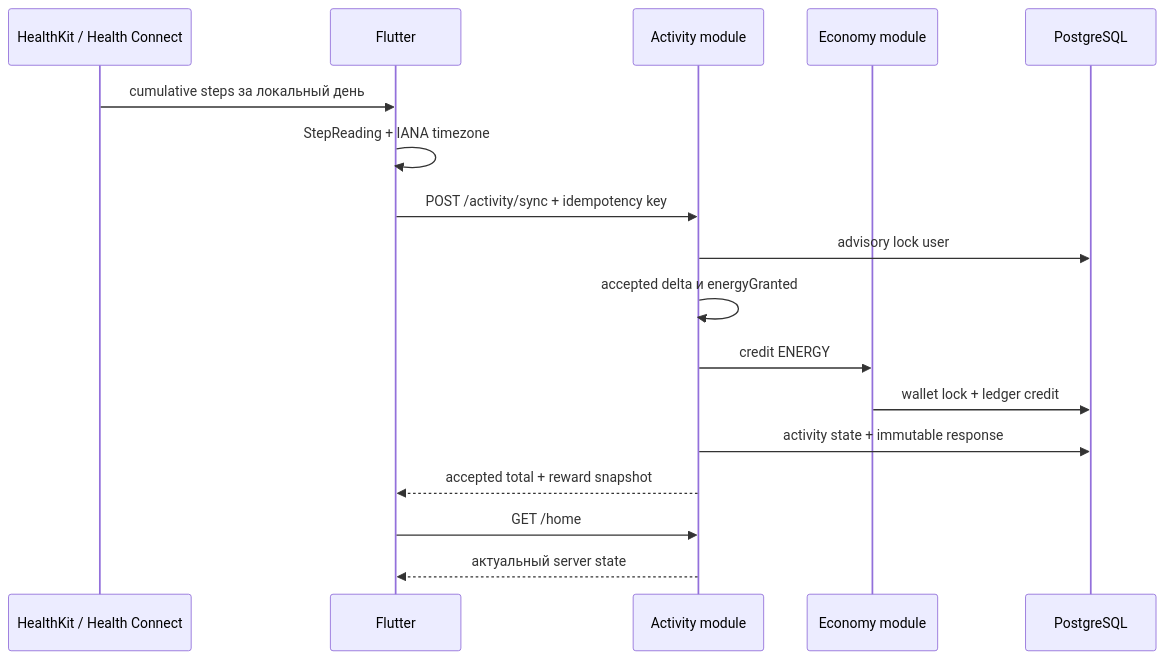
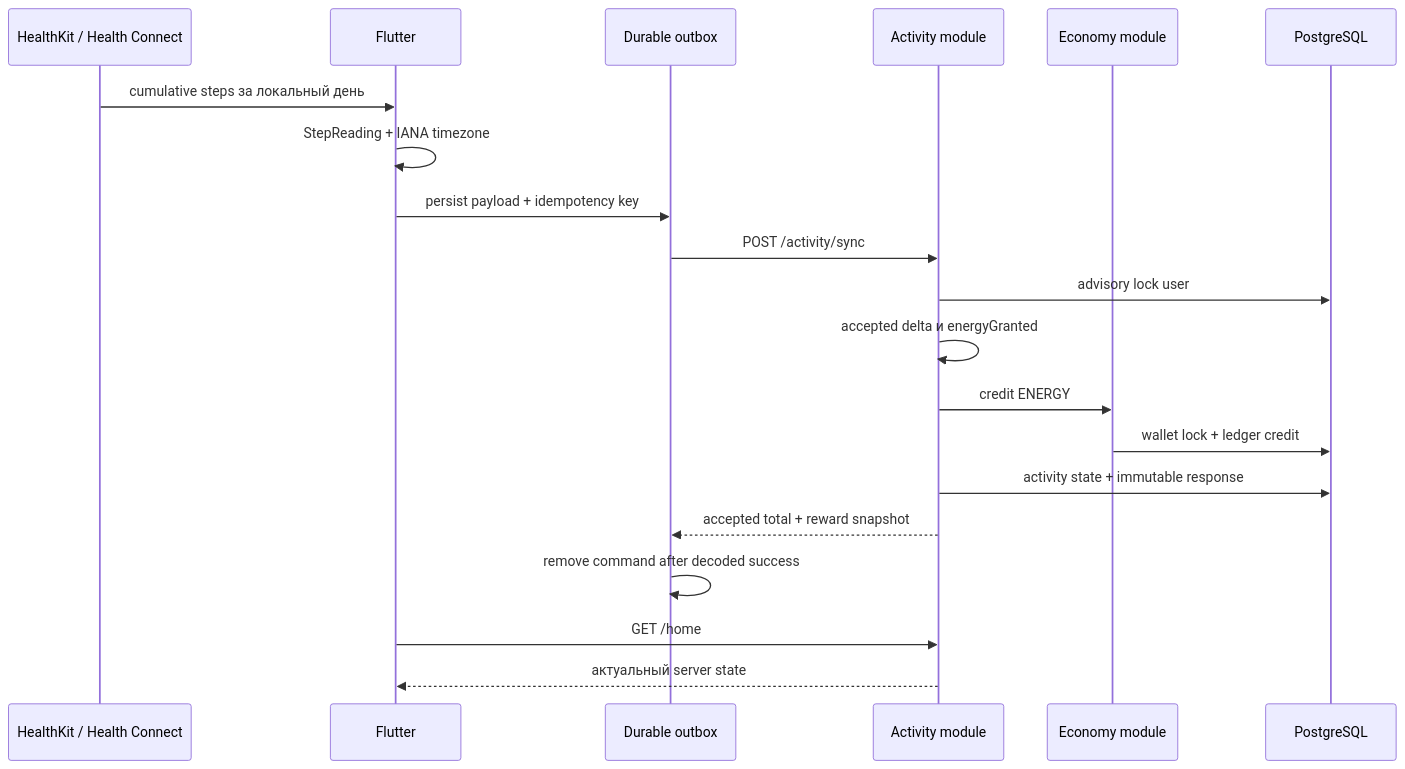
The first of 2 diagrams in docs/ARCHITECTURE.md (MKSEgr/walking-rpg), drawn with Mermaid before and after one commit. The commit also changed other lines of this file and 21 other files, not shown here.

````diff
--- a/docs/ARCHITECTURE.md
+++ b/docs/ARCHITECTURE.md
@@ -53,20 +55,23 @@
 ```mermaid
 sequenceDiagram
     participant H as HealthKit / Health Connect
     participant M as Flutter
+    participant O as Durable outbox
     participant A as Activity module
     participant E as Economy module
     participant D as PostgreSQL
 
     H->>M: cumulative steps за локальный день
     M->>M: StepReading + IANA timezone
-    M->>A: POST /activity/sync + idempotency key
+    M->>O: persist payload + idempotency key
+    O->>A: POST /activity/sync
     A->>D: advisory lock user
     A->>A: accepted delta и energyGranted
     A->>E: credit ENERGY
     E->>D: wallet lock + ledger credit
     A->>D: activity state + immutable response
-    A-->>M: accepted total + reward snapshot
+    A-->>O: accepted total + reward snapshot
+    O->>O: remove command after decoded success
     M->>A: GET /home
     A-->>M: актуальный server state
 ```
````
